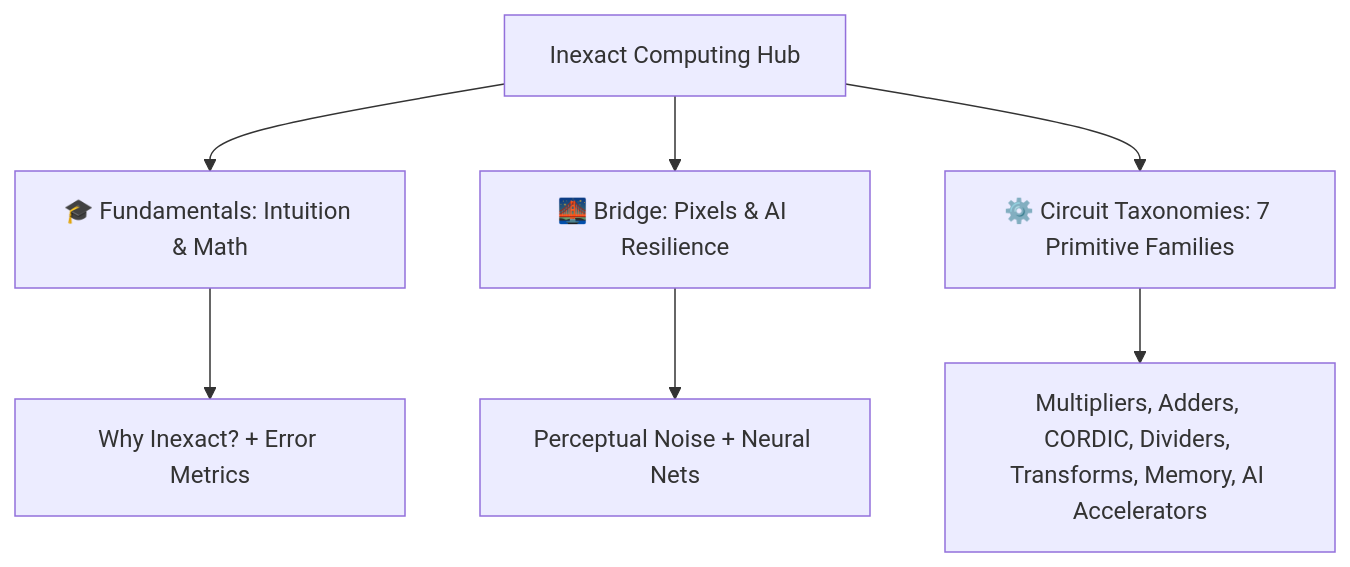
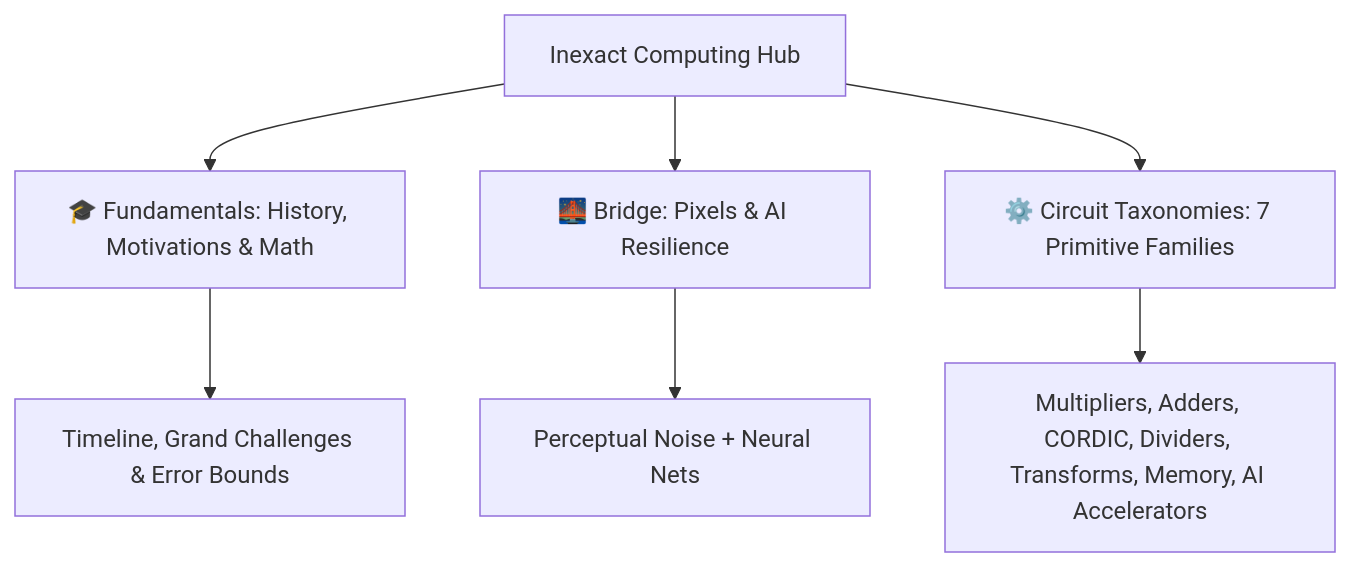
Before and after one commit to Inexact-Computing/public: the diagram in docs/index.md, drawn with Mermaid. The commit also changed other lines of this file and 3 other files, not shown here.

Commit message:
feat: add History & Evolution and Motivations & Grand Challenges chapters with IEEE citations

````diff
--- a/docs/index.md
+++ b/docs/index.md
@@ -5,9 +5,9 @@
 ```mermaid
 graph TD
-    A[Inexact Computing Hub] --> B[🎓 Fundamentals: Intuition & Math]
+    A[Inexact Computing Hub] --> B[🎓 Fundamentals: History, Motivations & Math]
     A --> C[🌉 Bridge: Pixels & AI Resilience]
     A --> D[⚙️ Circuit Taxonomies: 7 Primitive Families]
-    B --> E[Why Inexact? + Error Metrics]
+    B --> E[Timeline, Grand Challenges & Error Bounds]
     C --> F[Perceptual Noise + Neural Nets]
     D --> G[Multipliers, Adders, CORDIC, Dividers, Transforms, Memory, AI Accelerators]
 ```
````
